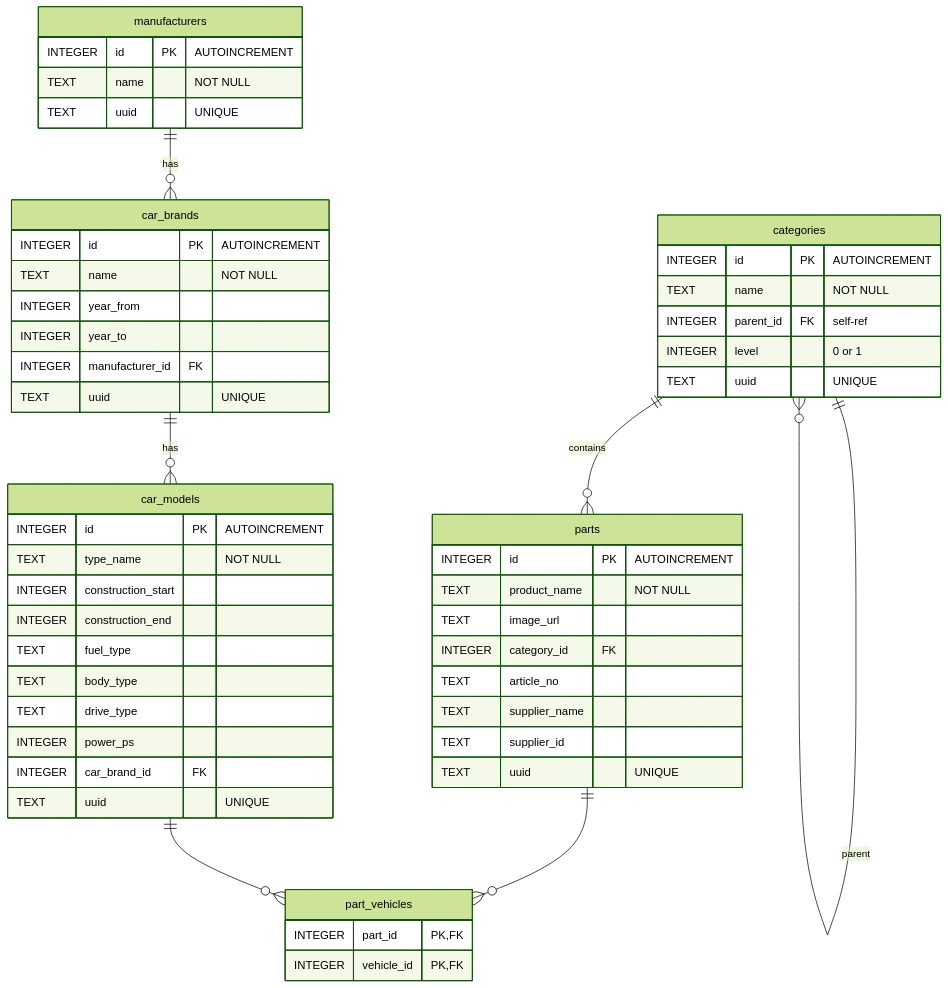
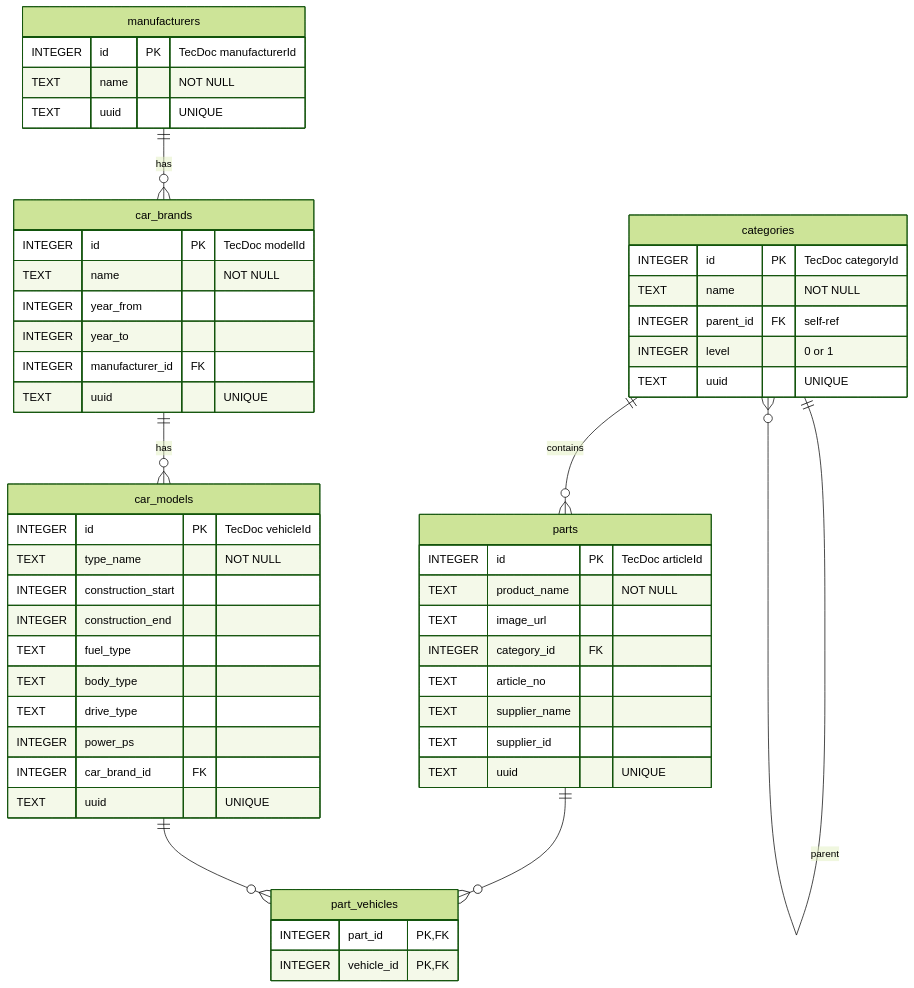
Before and after one commit to spepas-dev/spepas-website: the diagram in local-data/SCHEMA.md, drawn with Mermaid (forest theme). The commit also changed other lines of this file and 7 other files, not shown here.

````diff
--- a/local-data/SCHEMA.md
+++ b/local-data/SCHEMA.md
@@ -7,61 +7,61 @@
 ```mermaid
 erDiagram
     manufacturers {
-        INTEGER id PK "AUTOINCREMENT"
+        INTEGER id PK "TecDoc manufacturerId"
         TEXT name "NOT NULL"
         TEXT uuid "UNIQUE"
     }
 
     car_brands {
-        INTEGER id PK "AUTOINCREMENT"
+        INTEGER id PK "TecDoc modelId"
         TEXT name "NOT NULL"
         INTEGER year_from
         INTEGER year_to
         INTEGER manufacturer_id FK
         TEXT uuid "UNIQUE"
     }
 
     car_models {
-        INTEGER id PK "AUTOINCREMENT"
+        INTEGER id PK "TecDoc vehicleId"
         TEXT type_name "NOT NULL"
         INTEGER construction_start
         INTEGER construction_end
         TEXT fuel_type
         TEXT body_type
         TEXT drive_type
         INTEGER power_ps
         INTEGER car_brand_id FK
         TEXT uuid "UNIQUE"
     }
 
     categories {
-        INTEGER id PK "AUTOINCREMENT"
+        INTEGER id PK "TecDoc categoryId"
         TEXT name "NOT NULL"
         INTEGER parent_id FK "self-ref"
         INTEGER level "0 or 1"
         TEXT uuid "UNIQUE"
     }
 
     parts {
-        INTEGER id PK "AUTOINCREMENT"
+        INTEGER id PK "TecDoc articleId"
         TEXT product_name "NOT NULL"
         TEXT image_url
         INTEGER category_id FK
         TEXT article_no
         TEXT supplier_name
         TEXT supplier_id
         TEXT uuid "UNIQUE"
     }
 
     part_vehicles {
         INTEGER part_id PK, FK
         INTEGER vehicle_id PK, FK
     }
 
     manufacturers ||--o{ car_brands : "has"
     car_brands ||--o{ car_models : "has"
     categories ||--o{ categories : "parent"
     categories ||--o{ parts : "contains"
     parts ||--o{ part_vehicles : ""
     car_models ||--o{ part_vehicles : ""
 ```
````
